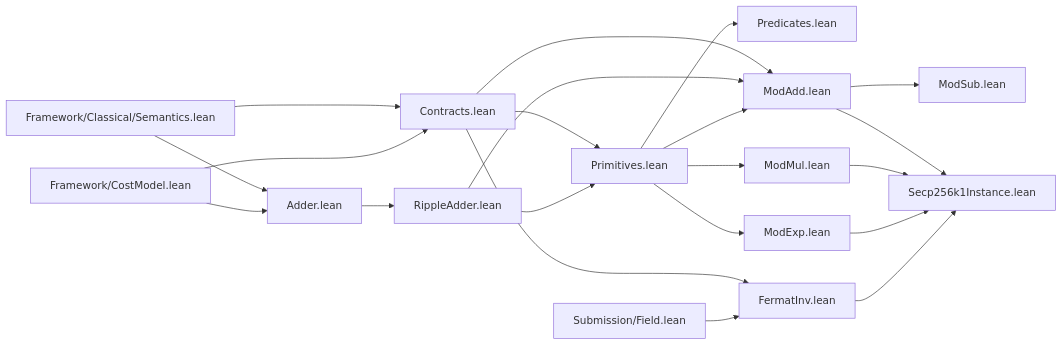
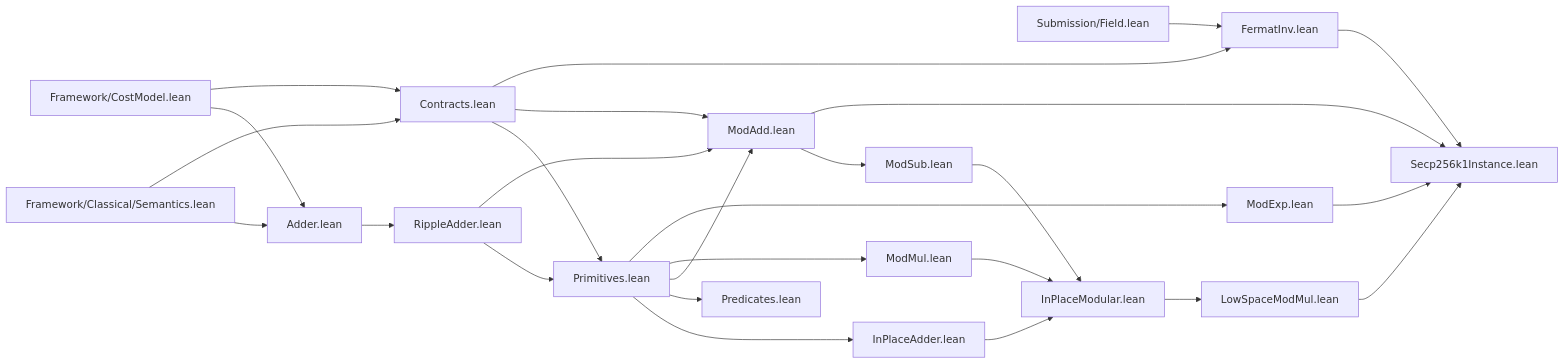
Before and after one commit to VerifiedQC/ShorECDLP: the first of 2 diagrams in ShorECDLP/Submission/Arithmetic/README.md, drawn with Mermaid. The commit also changed other lines of this file and 11 other files, not shown here.

Commit message:
Use low-space modular multiplication in Bitcoin submission

````diff
--- a/ShorECDLP/Submission/Arithmetic/README.md
+++ b/ShorECDLP/Submission/Arithmetic/README.md
@@ -52,39 +52,47 @@
 ```mermaid
 flowchart LR
   Semantics["Framework/Classical/Semantics.lean"]
   CostModel["Framework/CostModel.lean"]
   Field["Submission/Field.lean"]
 
   Adder["Adder.lean"]
   Contracts["Contracts.lean"]
   Ripple["RippleAdder.lean"]
   Primitives["Primitives.lean"]
+  InPlaceAdder["InPlaceAdder.lean"]
+  InPlaceModular["InPlaceModular.lean"]
+  LowSpaceModMul["LowSpaceModMul.lean"]
   Predicates["Predicates.lean"]
   ModAdd["ModAdd.lean"]
   ModSub["ModSub.lean"]
   ModMul["ModMul.lean"]
   ModExp["ModExp.lean"]
   FermatInv["FermatInv.lean"]
   Instance["Secp256k1Instance.lean"]
 
   Semantics --> Adder
   CostModel --> Adder
   Semantics --> Contracts
   CostModel --> Contracts
   Adder --> Ripple
   Contracts --> Primitives
   Ripple --> Primitives
+  Primitives --> InPlaceAdder
   Primitives --> Predicates
   Contracts --> ModAdd
   Ripple --> ModAdd
   Primitives --> ModAdd
   ModAdd --> ModSub
   Primitives --> ModMul
+  InPlaceAdder --> InPlaceModular
+  ModSub --> InPlaceModular
+  ModMul --> InPlaceModular
+  InPlaceModular --> LowSpaceModMul
   Primitives --> ModExp
   Contracts --> FermatInv
   Field --> FermatInv
   ModAdd --> Instance
-  ModMul --> Instance
+  LowSpaceModMul --> Instance
   ModExp --> Instance
   FermatInv --> Instance
 ```
````
